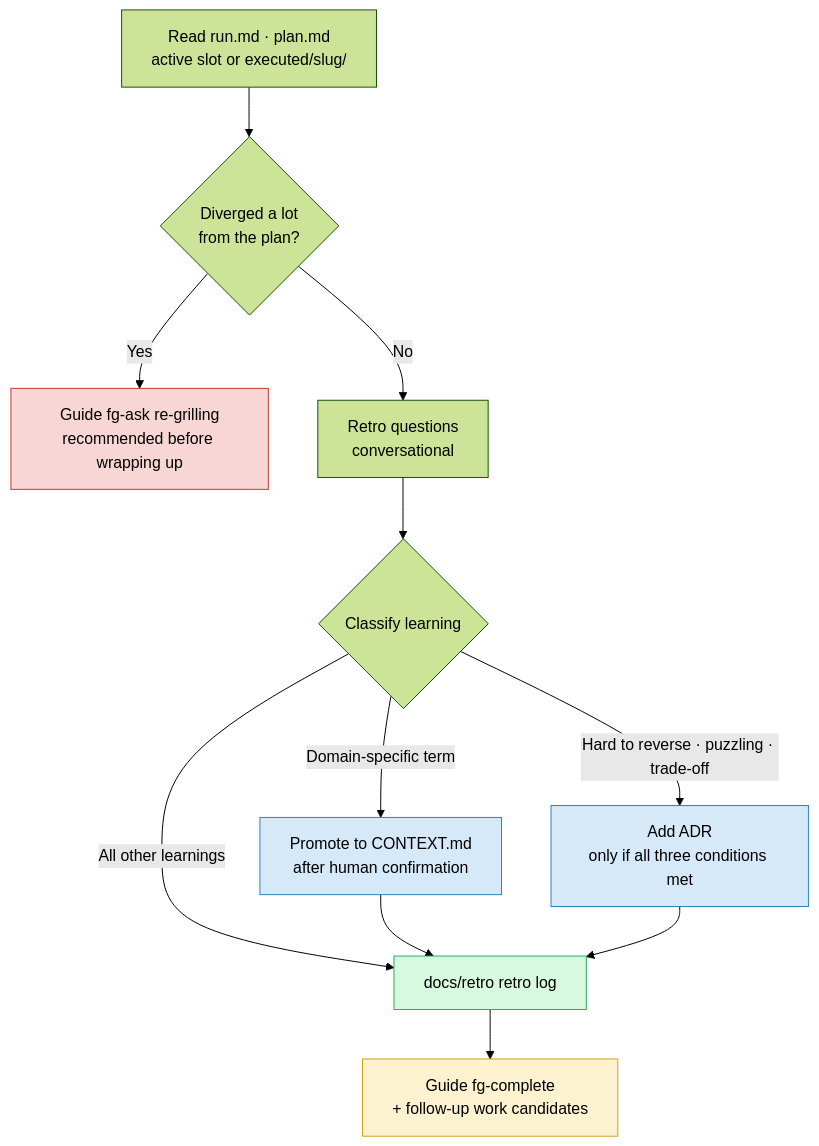
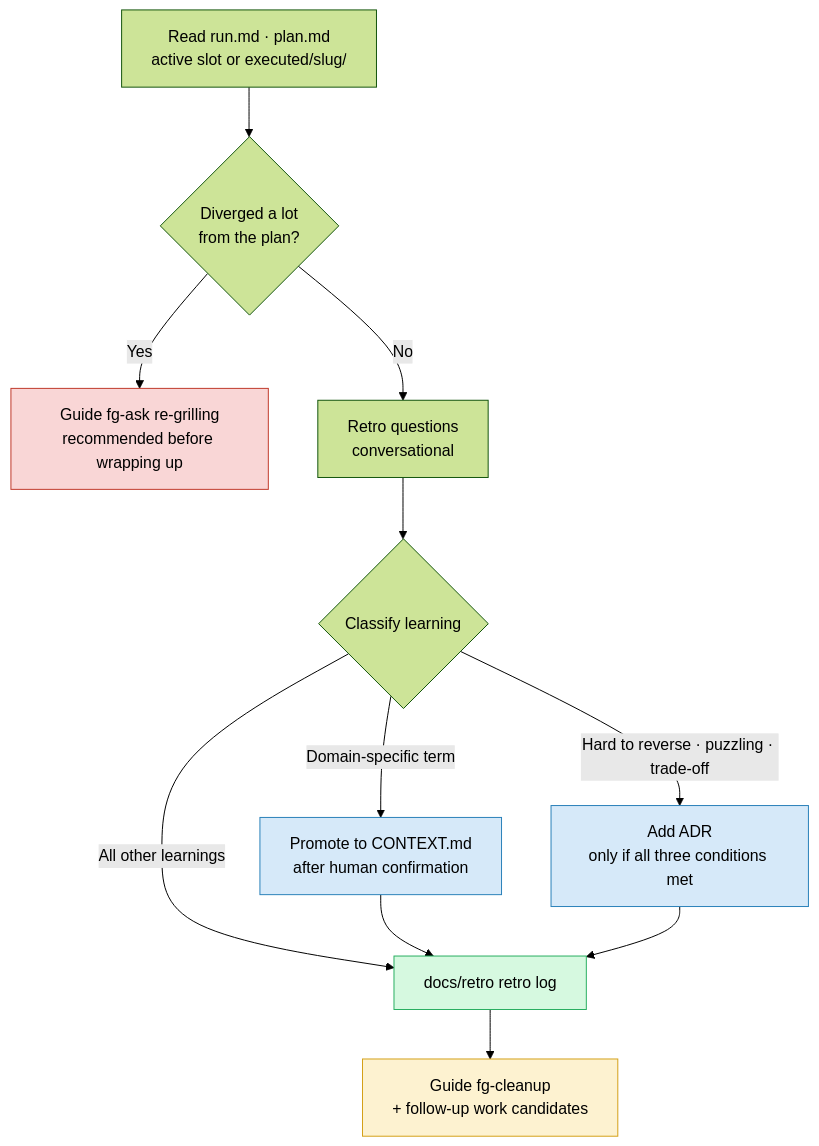
The diagram in skills/fg-learn/SKILL.md (gyuha/forge), drawn with Mermaid (forest theme) before and after one commit. The commit also changed other lines of this file and 10 other files, not shown here.

````diff
--- a/skills/fg-learn/SKILL.md
+++ b/skills/fg-learn/SKILL.md
@@ -60,19 +62,19 @@
 ```mermaid
 flowchart TD
     A[Read run.md · plan.md<br/>active slot or executed/slug/] --> B{Diverged a lot<br/>from the plan?}
     B -- Yes --> R[Guide fg-ask re-grilling<br/>recommended before wrapping up]
     B -- No --> C[Retro questions<br/>conversational]
     C --> D{Classify learning}
     D -- Domain-specific term --> E[Promote to CONTEXT.md<br/>after human confirmation]
     D -- Hard to reverse · puzzling · trade-off --> F[Add ADR<br/>only if all three conditions met]
     D -- All other learnings --> G[docs/retro retro log]
     E --> G
     F --> G
-    G --> H[Guide fg-complete<br/>+ follow-up work candidates]
+    G --> H[Guide fg-cleanup<br/>+ follow-up work candidates]
 
     style R fill:#f9d6d6,stroke:#c0392b
     style E fill:#d6e9f9,stroke:#2980b9
     style F fill:#d6e9f9,stroke:#2980b9
     style G fill:#d6f9e0,stroke:#27ae60
     style H fill:#fdf2d0,stroke:#d4a017
 ```
````
